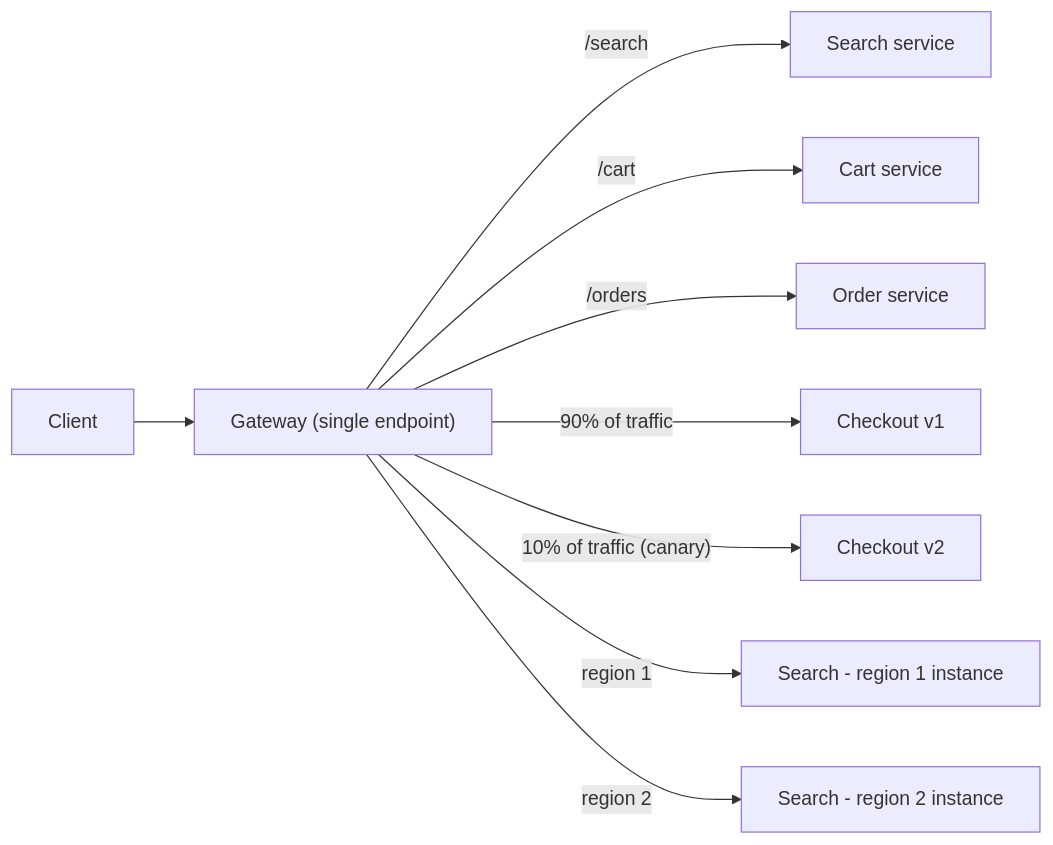
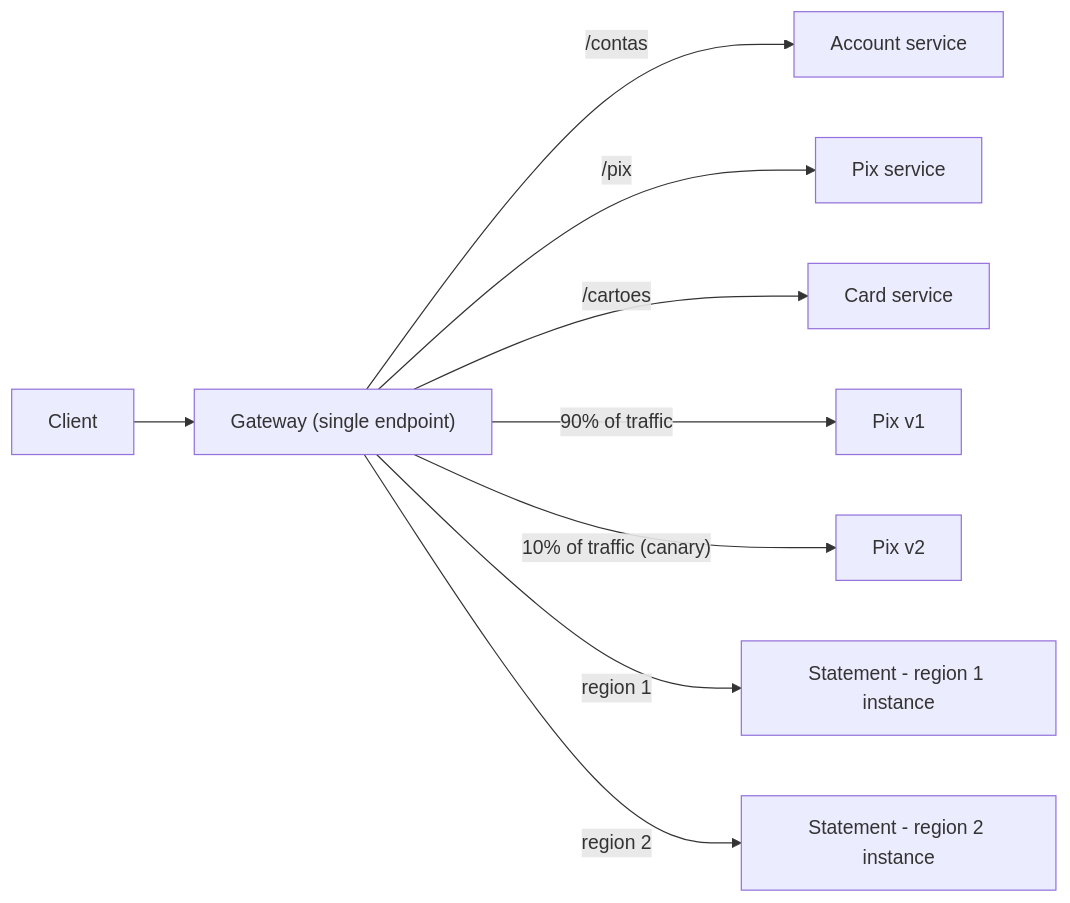
Before and after one commit to alancesar/design-patterns: the diagram in i18n/en/docusaurus-plugin-content-docs/current/architecture/cloud-design-patterns/gateways-and-edge/gateway-routing.md, drawn with Mermaid. The commit also changed other lines of this file and 13 other files, not shown here.

Commit message:
Switch cloud-design-patterns concrete diagrams to fintech scenarios

````diff
--- a/i18n/en/docusaurus-plugin-content-docs/current/architecture/cloud-design-patterns/gateways-and-edge/gateway-routing.md
+++ b/i18n/en/docusaurus-plugin-content-docs/current/architecture/cloud-design-patterns/gateways-and-edge/gateway-routing.md
@@ -66,11 +66,11 @@
 ```mermaid
 flowchart LR
     C[Client] --> G["Gateway (single endpoint)"]
-    G -->|"/search"| S1[Search service]
-    G -->|"/cart"| S2[Cart service]
-    G -->|"/orders"| S3[Order service]
-    G -->|"90% of traffic"| V1["Checkout v1"]
-    G -->|"10% of traffic (canary)"| V2["Checkout v2"]
-    G -->|"region 1"| R1["Search - region 1 instance"]
-    G -->|"region 2"| R2["Search - region 2 instance"]
+    G -->|"/contas"| S1[Account service]
+    G -->|"/pix"| S2[Pix service]
+    G -->|"/cartoes"| S3[Card service]
+    G -->|"90% of traffic"| V1["Pix v1"]
+    G -->|"10% of traffic (canary)"| V2["Pix v2"]
+    G -->|"region 1"| R1["Statement - region 1 instance"]
+    G -->|"region 2"| R2["Statement - region 2 instance"]
 ```
````
